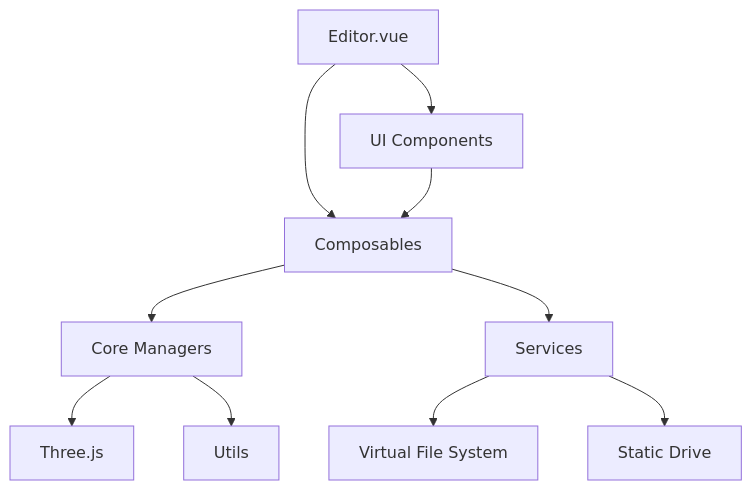
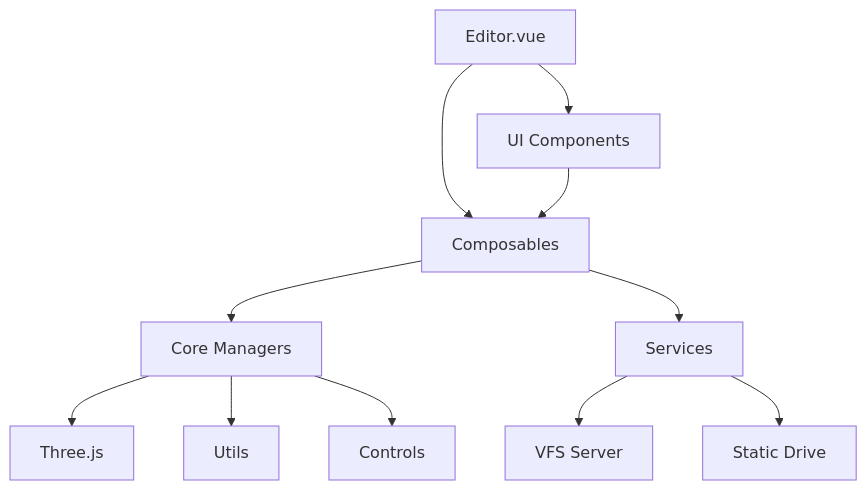
One commit to fellow99/three-editor-by-ai changed the diagram in specs/STRUCTURE.md. Above: the diagram before and after it, drawn with Mermaid. The commit also changed other lines of this file and 30 other files, not shown here.

````diff
--- a/specs/STRUCTURE.md
+++ b/specs/STRUCTURE.md
@@ -322,13 +293,14 @@
 ```mermaid
 graph TD
     A[Editor.vue] --> B[UI Components]
     A --> C[Composables]
     C --> D[Core Managers]
     D --> E[Three.js]
     C --> F[Services]
-    F --> G[Virtual File System]
+    F --> G[VFS Server]
     F --> H[Static Drive]
     
     B --> C
     D --> I[Utils]
+    D --> J[Controls]
 ```
````
